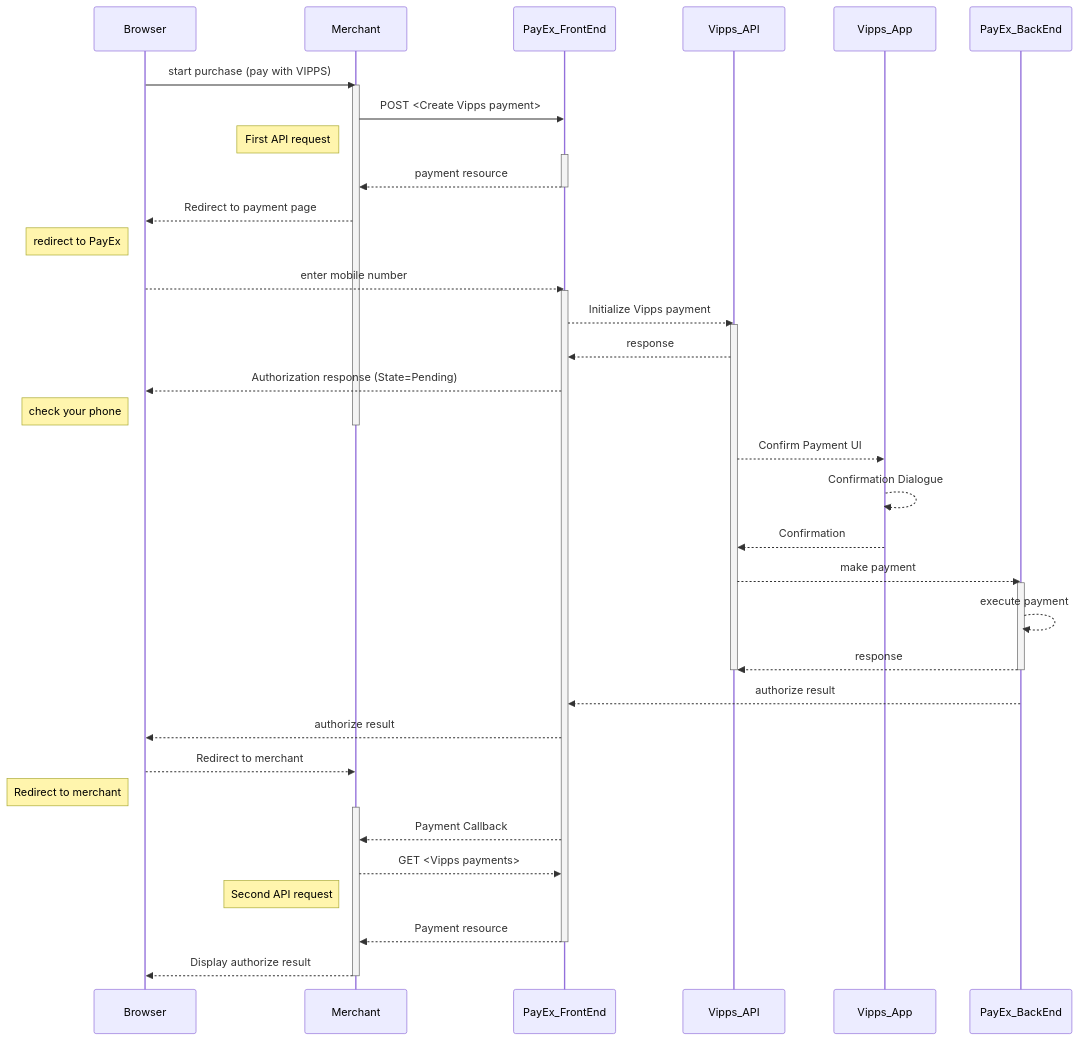
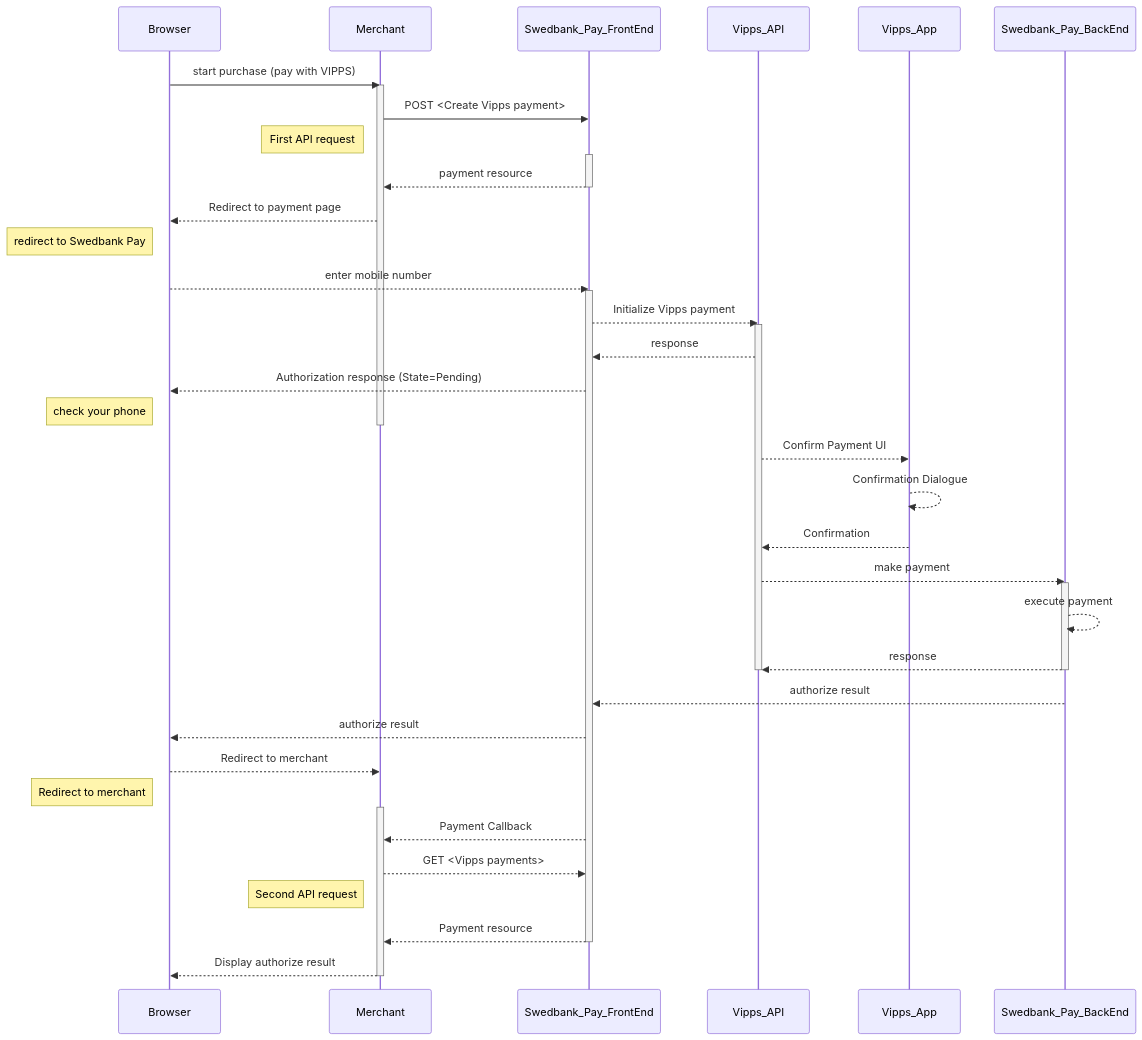
Before and after one commit to SwedbankPay/developer.swedbankpay.com: the diagram in payments/vipps/redirect.md, drawn with Mermaid. The commit also changed other lines of this file, not shown here.

Commit message:
dx-490 added API examlpes in Vipps Redirect

````diff
--- a/payments/vipps/redirect.md
+++ b/payments/vipps/redirect.md
@@ -95,44 +89,44 @@
 ```mermaid
 sequenceDiagram
   Browser->>Merchant: start purchase (pay with VIPPS)
   activate Merchant
 
-  Merchant->>PayEx_FrontEnd: POST <Create  Vipps payment>
+  Merchant->>Swedbank_Pay_FrontEnd: POST <Create  Vipps payment>
   note left of Merchant: First API request
-  activate PayEx_FrontEnd
-  PayEx_FrontEnd-->>Merchant: payment resource
-  deactivate PayEx_FrontEnd
+  activate Swedbank_Pay_FrontEnd
+  Swedbank_Pay_FrontEnd-->>Merchant: payment resource
+  deactivate Swedbank_Pay_FrontEnd
   Merchant-->>Browser: Redirect to payment page
-  note left of Browser:redirect to PayEx
-  Browser-->>PayEx_FrontEnd: enter mobile number
-  activate PayEx_FrontEnd
+  note left of Browser:redirect to Swedbank Pay
+  Browser-->>Swedbank_Pay_FrontEnd: enter mobile number
+  activate Swedbank_Pay_FrontEnd
 
-  PayEx_FrontEnd-->>Vipps_API: Initialize Vipps payment
+  Swedbank_Pay_FrontEnd-->>Vipps_API: Initialize Vipps payment
   activate Vipps_API
-  Vipps_API-->>PayEx_FrontEnd: response
-  PayEx_FrontEnd-->>Browser: Authorization response (State=Pending)
+  Vipps_API-->>Swedbank_Pay_FrontEnd: response
+  Swedbank_Pay_FrontEnd-->>Browser: Authorization response (State=Pending)
   note left of Browser: check your phone
   deactivate Merchant
 
   Vipps_API-->>Vipps_App: Confirm Payment UI
   Vipps_App-->>Vipps_App: Confirmation Dialogue
   Vipps_App-->>Vipps_API: Confirmation
-  Vipps_API-->>PayEx_BackEnd: make payment
-  activate PayEx_BackEnd
-  PayEx_BackEnd-->>PayEx_BackEnd: execute payment
-  PayEx_BackEnd-->>Vipps_API: response
-  deactivate PayEx_BackEnd
+  Vipps_API-->>Swedbank_Pay_BackEnd: make payment
+  activate Swedbank_Pay_BackEnd
+  Swedbank_Pay_BackEnd-->>Swedbank_Pay_BackEnd: execute payment
+  Swedbank_Pay_BackEnd-->>Vipps_API: response
+  deactivate Swedbank_Pay_BackEnd
   deactivate Vipps_API
-  PayEx_BackEnd-->>PayEx_FrontEnd: authorize result
-  PayEx_FrontEnd-->>Browser: authorize result
+  Swedbank_Pay_BackEnd-->>Swedbank_Pay_FrontEnd: authorize result
+  Swedbank_Pay_FrontEnd-->>Browser: authorize result
   Browser-->>Merchant: Redirect to merchant
   note left of Browser: Redirect to merchant
   activate Merchant
-  PayEx_FrontEnd-->>Merchant: Payment Callback
-  Merchant-->>PayEx_FrontEnd: GET <Vipps payments>
+  Swedbank_Pay_FrontEnd-->>Merchant: Payment Callback
+  Merchant-->>Swedbank_Pay_FrontEnd: GET <Vipps payments>
   note left of Merchant: Second API request
-  PayEx_FrontEnd-->>Merchant: Payment resource
-  deactivate PayEx_FrontEnd
+  Swedbank_Pay_FrontEnd-->>Merchant: Payment resource
+  deactivate Swedbank_Pay_FrontEnd
   Merchant-->>Browser: Display authorize result
   deactivate Merchant
 ```
````
